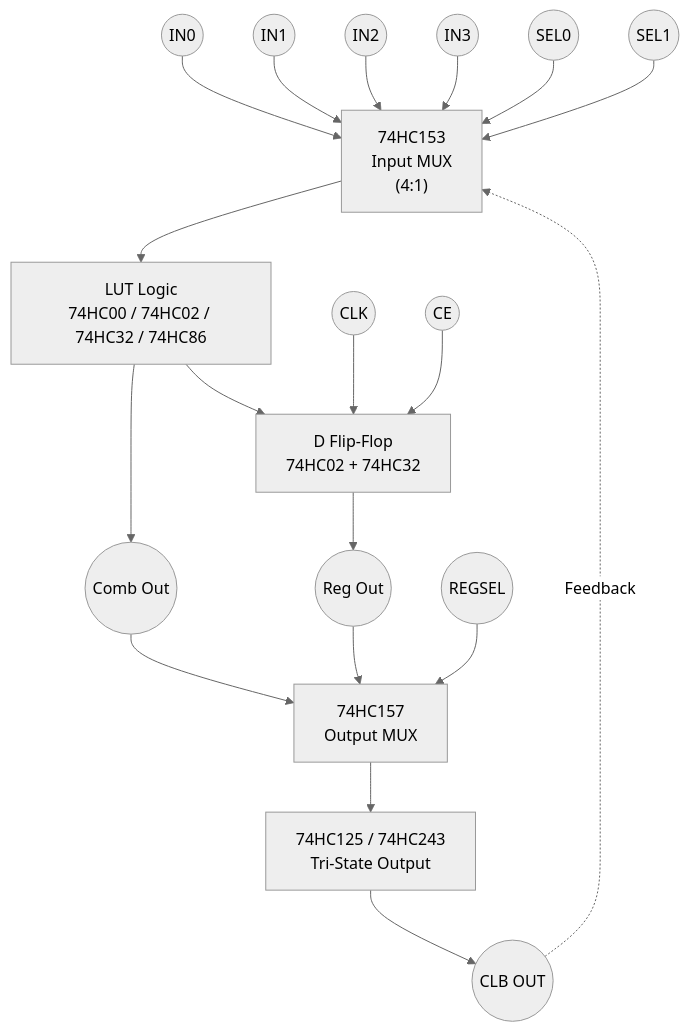
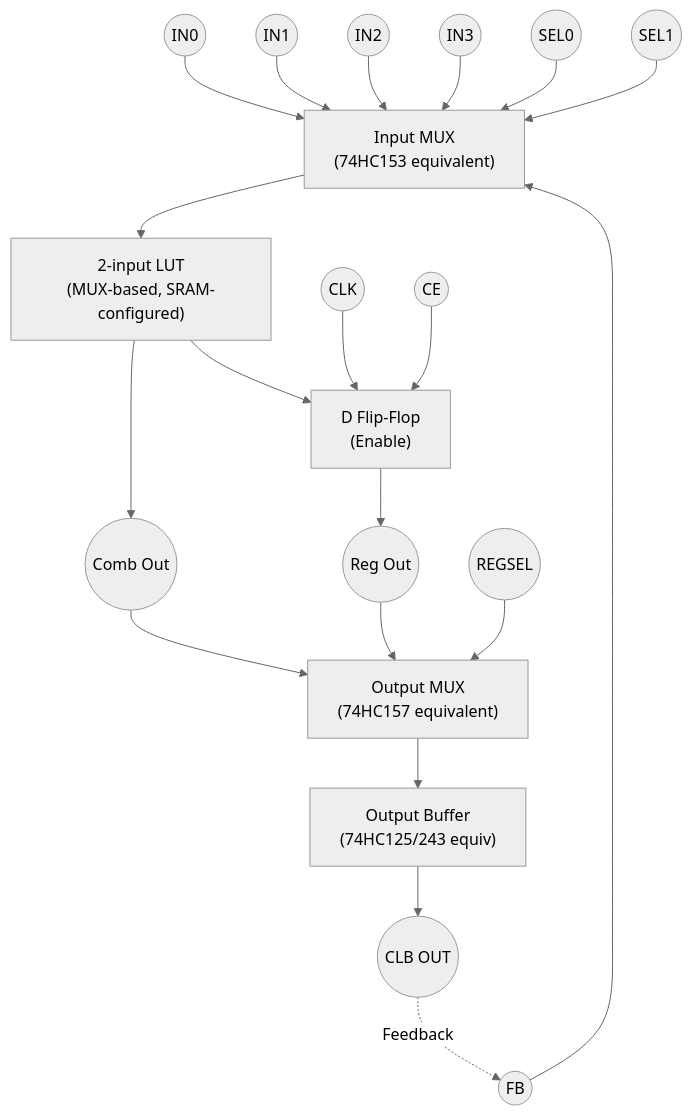
The diagram in Components/discrete/Transistors/kit/HomeDepot/CLB/README.md (setrar/microelectronics), drawn with Mermaid (neutral theme) before and after one commit.

````diff
--- a/Components/discrete/Transistors/kit/HomeDepot/CLB/README.md
+++ b/Components/discrete/Transistors/kit/HomeDepot/CLB/README.md
@@ -115,57 +115,59 @@
 ```mermaid
 flowchart TB
     %% ========= INPUTS =========
     IN0((IN0))
     IN1((IN1))
     IN2((IN2))
     IN3((IN3))
+    FB((FB))
     CLK((CLK))
     CE((CE))
     SEL0((SEL0))
     SEL1((SEL1))
     REGSEL((REGSEL))
 
     %% ========= INPUT MUX =========
-    MUXIN["74HC153<br/>Input MUX<br/>(4:1)"]
+    MUXIN["Input MUX<br/>(74HC153 equivalent)"]
     IN0 --> MUXIN
     IN1 --> MUXIN
     IN2 --> MUXIN
     IN3 --> MUXIN
+    FB  --> MUXIN
     SEL0 --> MUXIN
     SEL1 --> MUXIN
 
     %% ========= LUT =========
-    LUT["LUT Logic<br/>74HC00 / 74HC02 / 74HC32 / 74HC86"]
+    LUT["2-input LUT<br/>(MUX-based, SRAM-configured)"]
     MUXIN --> LUT
 
     %% ========= COMB PATH =========
     COMB_OUT((Comb Out))
     LUT --> COMB_OUT
 
     %% ========= FLIP-FLOP =========
-    FF["D Flip-Flop<br/>74HC02 + 74HC32"]
+    FF["D Flip-Flop<br/>(Enable)"]
     LUT --> FF
     CLK --> FF
     CE --> FF
 
     %% ========= REGISTERED PATH =========
     REG_OUT((Reg Out))
     FF --> REG_OUT
 
     %% ========= OUTPUT SELECT =========
-    MUXOUT["74HC157<br/>Output MUX"]
+    MUXOUT["Output MUX<br/>(74HC157 equivalent)"]
     COMB_OUT --> MUXOUT
     REG_OUT --> MUXOUT
     REGSEL --> MUXOUT
 
     %% ========= OUTPUT BUFFER =========
-    OUTBUF["74HC125 / 74HC243<br/>Tri-State Output"]
+    OUTBUF["Output Buffer<br/>(74HC125/243 equiv)"]
     MUXOUT --> OUTBUF
 
     %% ========= CLB OUTPUT =========
     CLBOUT((CLB OUT))
     OUTBUF --> CLBOUT
 
     %% ========= FEEDBACK =========
-    CLBOUT -. Feedback .-> MUXIN
+    CLBOUT -. Feedback .-> FB
 ```
````
